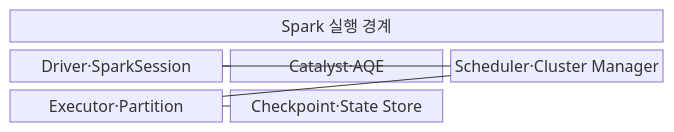
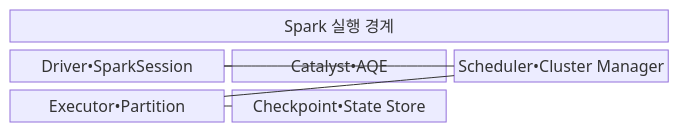
Before and after one commit to agnusdei1207/knowledge-base: the first of 2 diagrams in src/content/docs/notes/03-software/117_apache_spark.md, drawn with Mermaid. The commit also changed other lines of this file and 953 other files, not shown here.

````diff
--- a/src/content/docs/notes/03-software/117_apache_spark.md
+++ b/src/content/docs/notes/03-software/117_apache_spark.md
@@ -67,14 +67,14 @@
 ```mermaid
 block
   columns 3
   A["Spark 실행 경계"]:3
-  D["Driver·SparkSession"]
-  C["Catalyst·AQE"]
-  S["Scheduler·Cluster Manager"]
-  E["Executor·Partition"]
-  P["Checkpoint·State Store"]
+  D["Driver•SparkSession"]
+  C["Catalyst•AQE"]
+  S["Scheduler•Cluster Manager"]
+  E["Executor•Partition"]
+  P["Checkpoint•State Store"]
   D --- C
   D --- S
   S --- E
   E --- P
 ```
````
